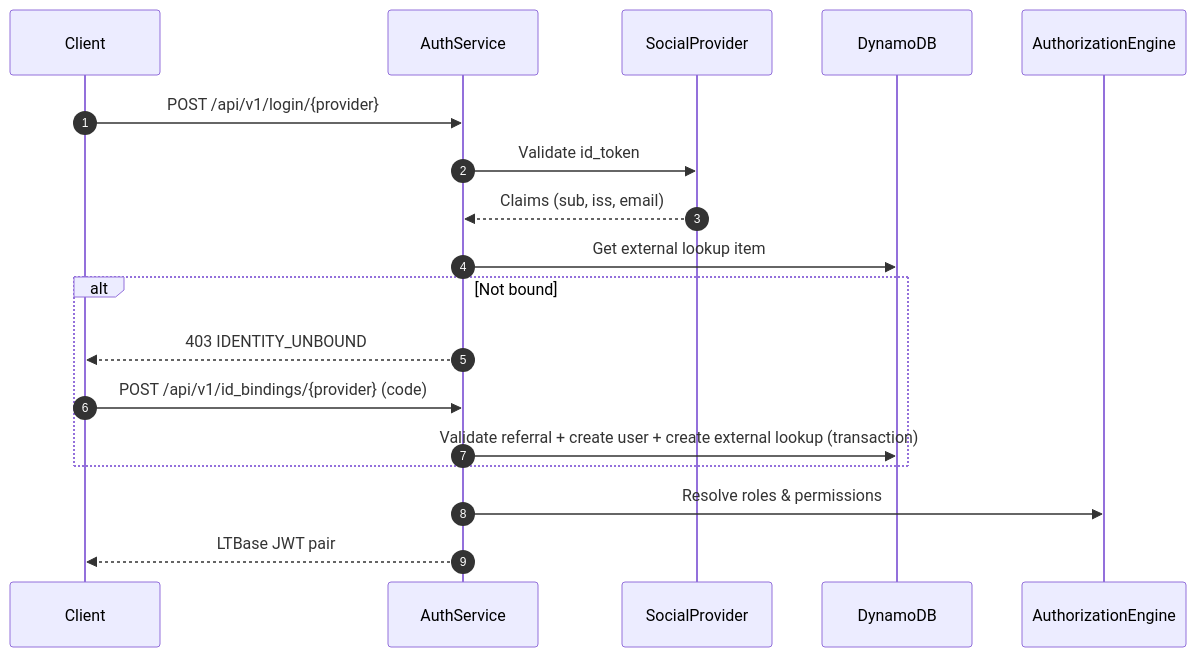
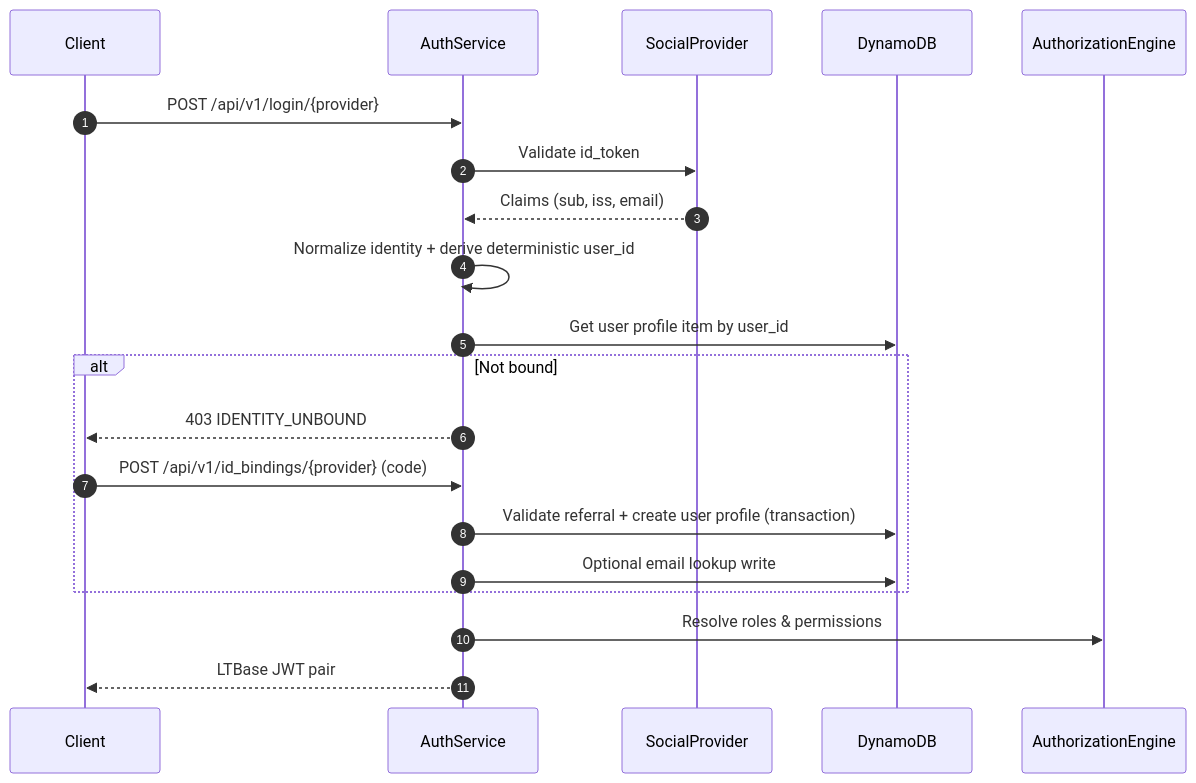
One commit to Lychee-Technology/rfc changed the diagram in EN/aaa.md. Above: the diagram before and after it, drawn with Mermaid. The commit also changed other lines of this file and 3 other files, not shown here.

First line of the commit message:
Add API specifications and identity architecture documentation

````diff
--- a/EN/aaa.md
+++ b/EN/aaa.md
@@ -230,24 +234,26 @@
 ```mermaid
 sequenceDiagram
     autonumber
     participant Client
     participant AuthService
     participant SocialProvider
     participant DynamoDB
     participant AuthorizationEngine
 
     Client->>AuthService: POST /api/v1/login/{provider}
     AuthService->>SocialProvider: Validate id_token
     SocialProvider-->>AuthService: Claims (sub, iss, email)
 
-    AuthService->>DynamoDB: Get external lookup item
+    AuthService->>AuthService: Normalize identity + derive deterministic user_id
+    AuthService->>DynamoDB: Get user profile item by user_id
 
     alt Not bound
         AuthService-->>Client: 403 IDENTITY_UNBOUND
         Client->>AuthService: POST /api/v1/id_bindings/{provider} (code)
-        AuthService->>DynamoDB: Validate referral + create user + create external lookup (transaction)
+        AuthService->>DynamoDB: Validate referral + create user profile (transaction)
+        AuthService->>DynamoDB: Optional email lookup write
     end
 
     AuthService->>AuthorizationEngine: Resolve roles & permissions
     AuthService-->>Client: LTBase JWT pair
 ```
````
